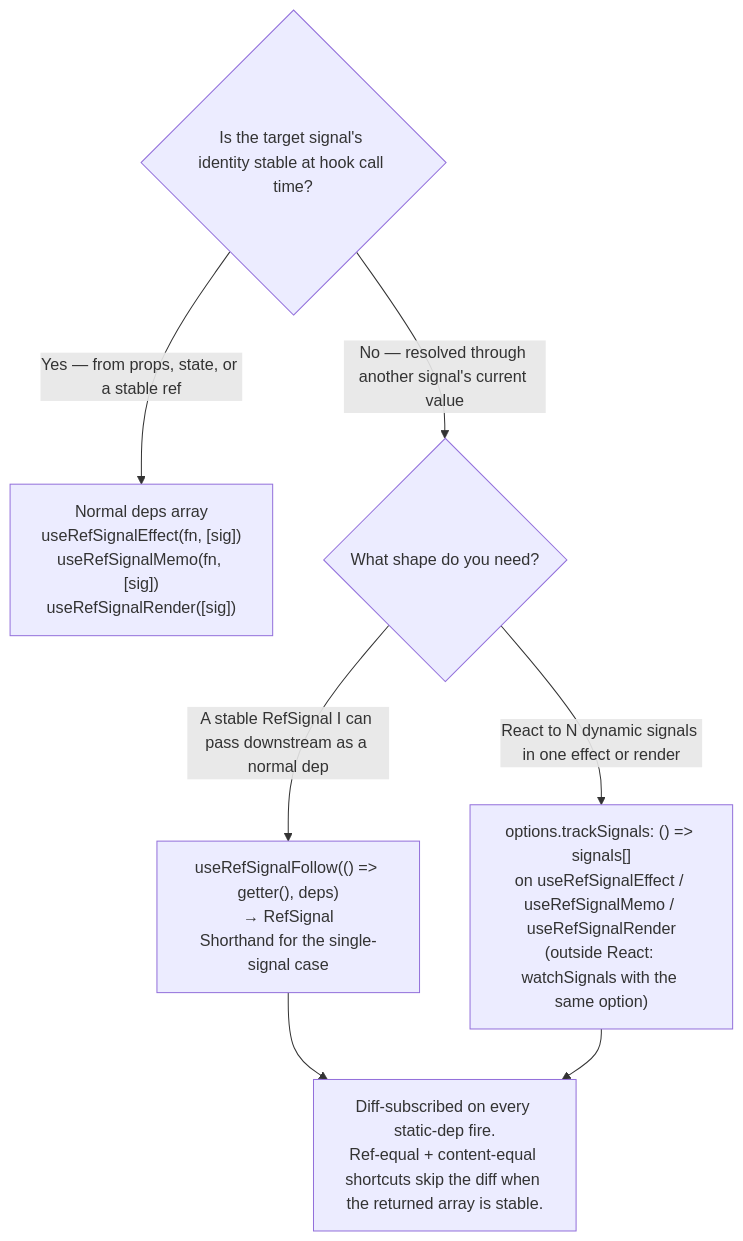
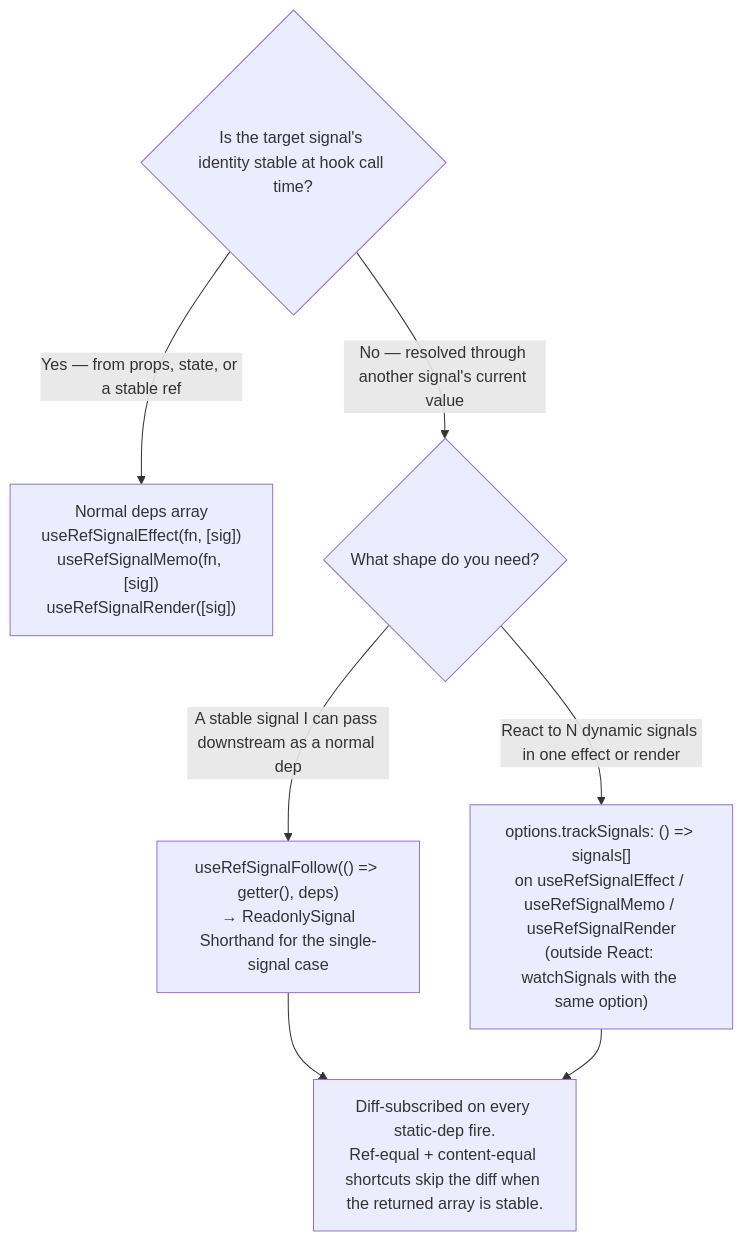
One commit to jav974/react-refsignal changed the seventh of 11 diagrams in docs/decision-tree.md. Above: the diagram before and after it, drawn with Mermaid. The commit also changed other lines of this file and 1 other file, not shown here.

First line of the commit message:
docs(api): document ReadonlySignal and updated signatures

````diff
--- a/docs/decision-tree.md
+++ b/docs/decision-tree.md
@@ -159,12 +159,12 @@
 ```mermaid
 flowchart TD
     Q1{"Is the target signal's identity stable at hook call time?"}
     Q1 -->|"Yes — from props, state, or a stable ref"| A["Normal deps array\nuseRefSignalEffect(fn, [sig])\nuseRefSignalMemo(fn, [sig])\nuseRefSignalRender([sig])"]
     Q1 -->|"No — resolved through another signal's current value"| Q2
 
     Q2{"What shape do you need?"}
-    Q2 -->|"A stable RefSignal I can pass downstream as a normal dep"| B["useRefSignalFollow(() => getter(), deps)\n→ RefSignal<T | undefined>\nShorthand for the single-signal case"]
+    Q2 -->|"A stable signal I can pass downstream as a normal dep"| B["useRefSignalFollow(() => getter(), deps)\n→ ReadonlySignal<T | undefined>\nShorthand for the single-signal case"]
     Q2 -->|"React to N dynamic signals in one effect or render"| C["options.trackSignals: () => signals[]\non useRefSignalEffect / useRefSignalMemo / useRefSignalRender\n(outside React: watchSignals with the same option)"]
 
     B & C --> D["Diff-subscribed on every static-dep fire.\nRef-equal + content-equal shortcuts skip the diff when the returned array is stable."]
 ```
````
